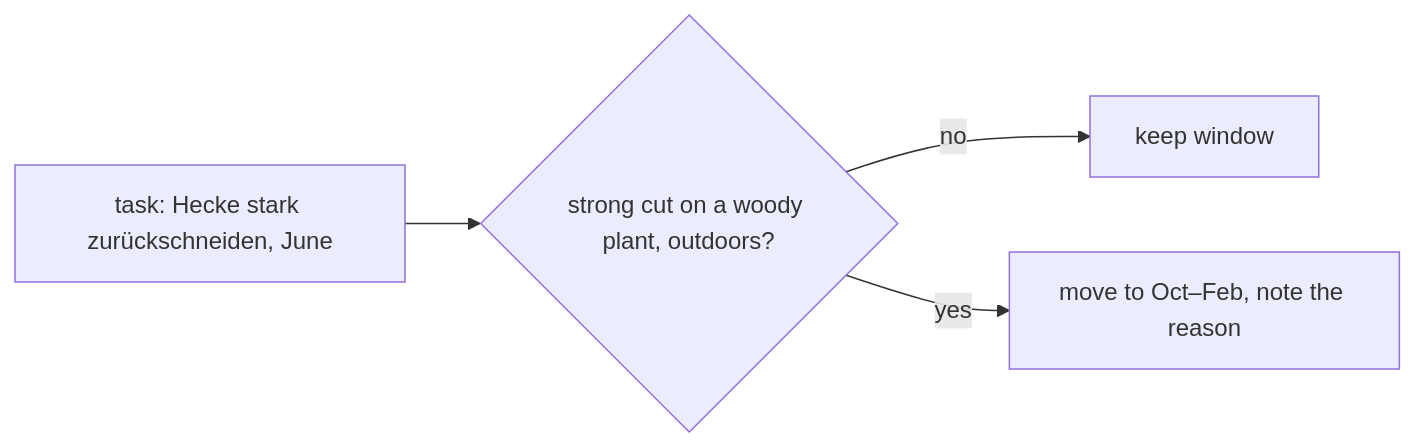
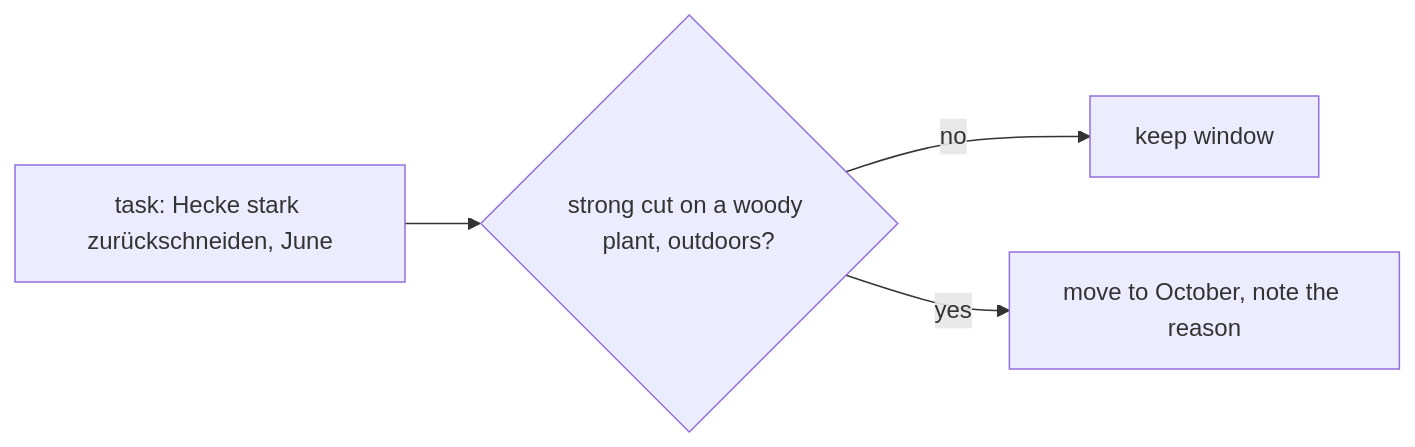
The diagram in docs/how-it-works/legal.md (klopfer-hello/blattwerk), drawn with Mermaid before and after one commit. The commit also changed other lines of this file and 13 other files, not shown here.

````diff
--- a/docs/how-it-works/legal.md
+++ b/docs/how-it-works/legal.md
@@ -25,6 +28,6 @@
 ```mermaid
 flowchart LR
   T["task: Hecke stark zurückschneiden, June"] --> R{"strong cut on a woody plant, outdoors?"}
   R -- no --> K["keep window"]
-  R -- yes --> M["move to Oct–Feb, note the reason"]
+  R -- yes --> M["move to October, note the reason"]
 ```
````
